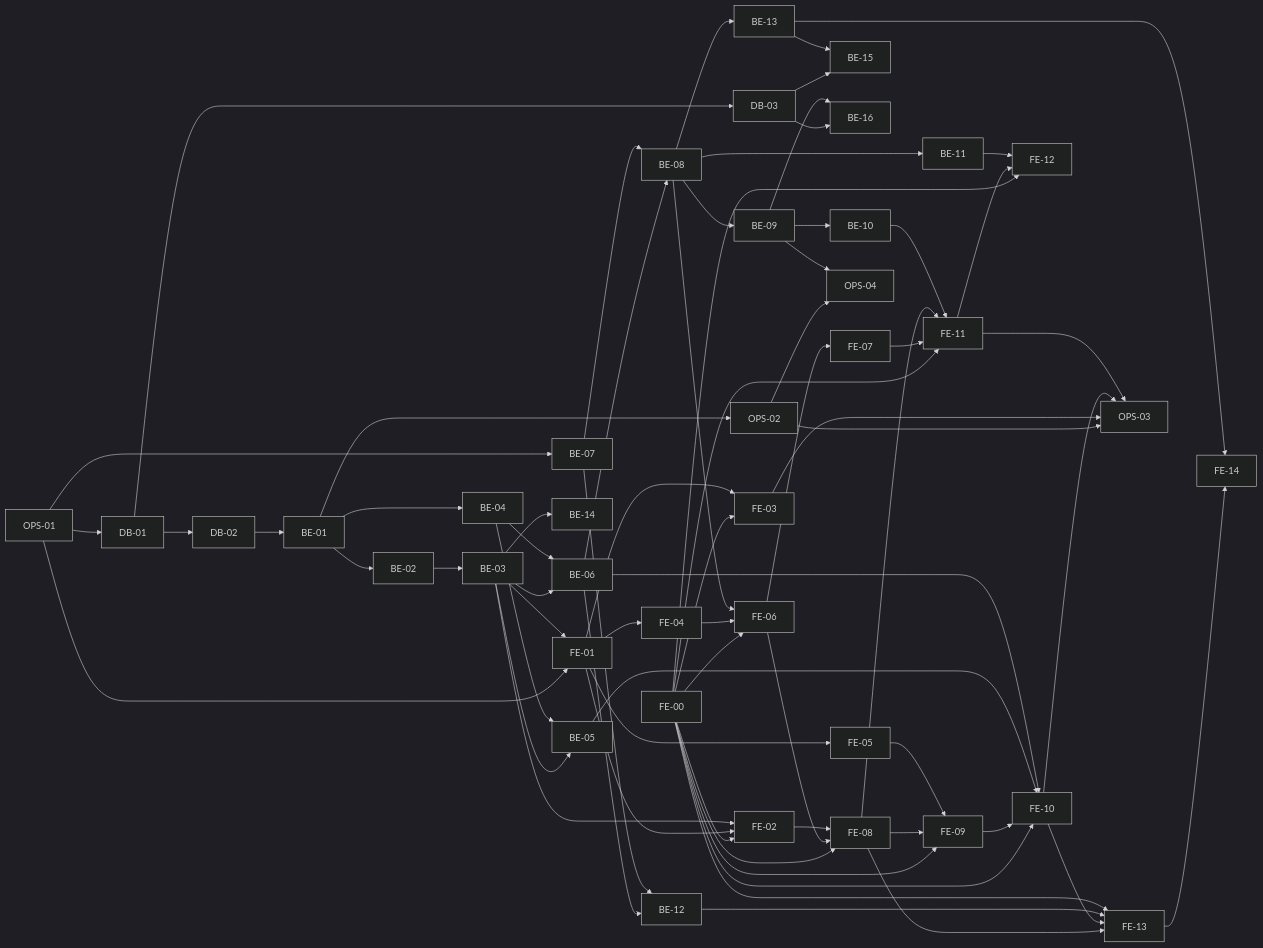
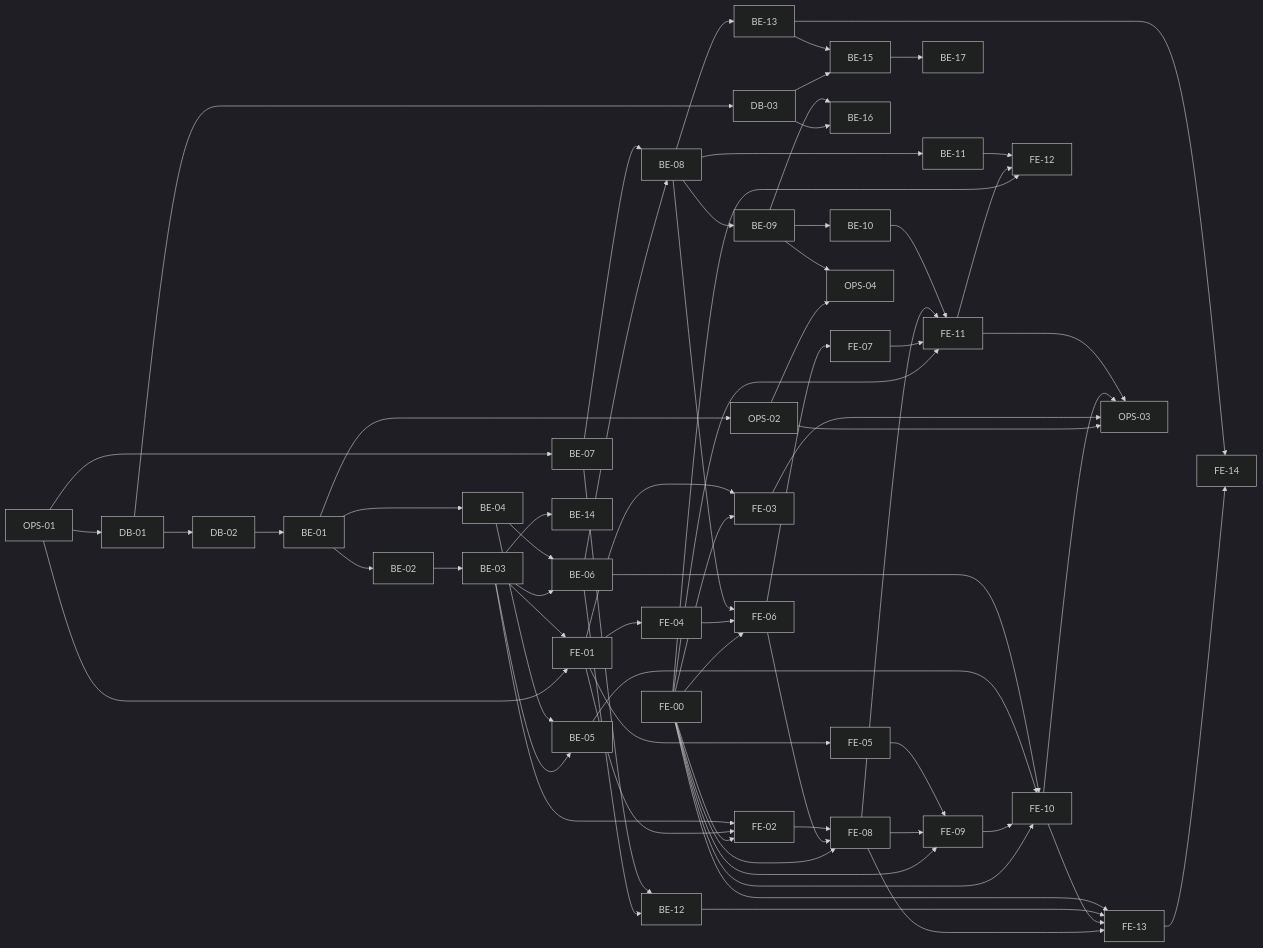
One commit to hyunboee/drop_app changed the diagram in docs/8-plan.md. Above: the diagram before and after it, drawn with Mermaid (dark theme). The commit also changed other lines of this file and 8 other files, not shown here.

````diff
--- a/docs/8-plan.md
+++ b/docs/8-plan.md
@@ -60,69 +61,70 @@
 ```mermaid
 flowchart LR
   OPS01["OPS-01"] --> DB01["DB-01"] --> DB02["DB-02"] --> BE01["BE-01"]
   BE01 --> BE02["BE-02"] --> BE03["BE-03"]
   BE01 --> BE04["BE-04"]
   OPS01 --> BE07["BE-07"]
   BE03 --> BE05["BE-05"]
   BE04 --> BE05
   BE03 --> BE06["BE-06"]
   BE04 --> BE06
   BE06 --> BE08["BE-08"]
   BE07 --> BE08
   BE08 --> BE09["BE-09"] --> BE10["BE-10"]
   BE08 --> BE11["BE-11"]
   BE06 --> BE12["BE-12"]
   BE07 --> BE12
   BE08 --> BE13["BE-13"]
   DB01 --> DB03["DB-03"]
   BE03 --> BE14["BE-14"]
   DB03 --> BE15["BE-15"]
   BE13 --> BE15
   DB03 --> BE16["BE-16"]
   BE09 --> BE16
+  BE15 --> BE17["BE-17"]
   BE01 --> OPS02["OPS-02"]
 
   FE00["FE-00"] --> FE02
   FE00 --> FE03
   FE00 --> FE06
   FE00 --> FE08
   FE00 --> FE09
   FE00 --> FE10
   FE00 --> FE11
   FE00 --> FE12
   OPS01 --> FE01["FE-01"]
   BE03 --> FE01
   FE01 --> FE02["FE-02"]
   BE03 --> FE02
   FE01 --> FE03["FE-03"]
   FE01 --> FE04["FE-04"]
   FE01 --> FE05["FE-05"]
   FE04 --> FE06["FE-06"]
   BE08 --> FE06
   FE06 --> FE07["FE-07"]
   FE06 --> FE08["FE-08"]
   FE02 --> FE08
   FE08 --> FE09["FE-09"]
   FE05 --> FE09
   FE09 --> FE10["FE-10"]
   BE05 --> FE10
   BE06 --> FE10
   FE07 --> FE11["FE-11"]
   FE08 --> FE11
   BE10 --> FE11
   FE11 --> FE12["FE-12"]
   BE11 --> FE12
   FE08 --> FE13["FE-13"]
   FE10 --> FE13
   BE12 --> FE13
   FE00 --> FE13
   FE13 --> FE14["FE-14"]
   BE13 --> FE14
 
   OPS02 --> OPS03["OPS-03"]
   FE03 --> OPS03
   FE10 --> OPS03
   FE11 --> OPS03
   OPS02 --> OPS04["OPS-04"]
   BE09 --> OPS04
 ```
````
